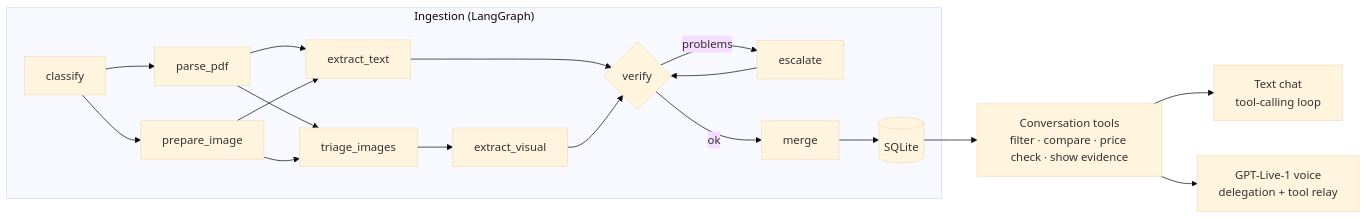
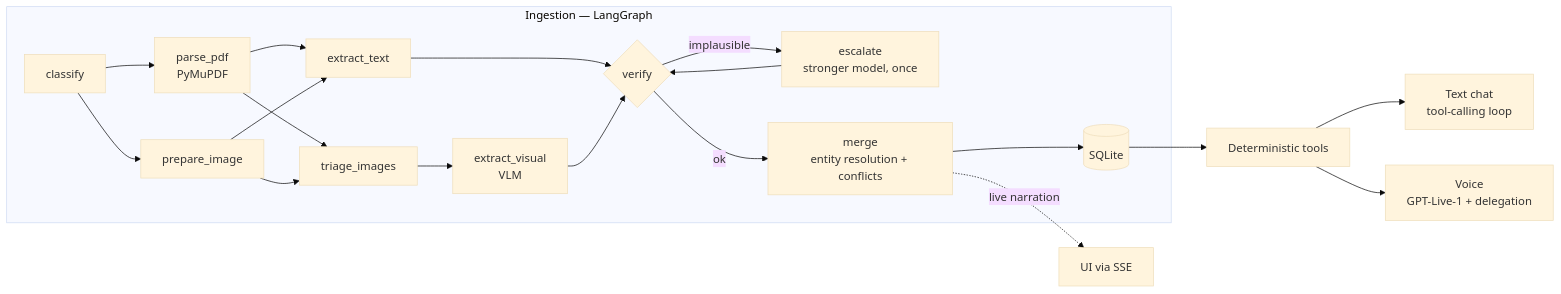
Before and after one commit to VitorSPires/real-estate-multimodal-agent: the diagram in README.md, drawn with Mermaid (base theme). The commit also changed other lines of this file and 1 other file, not shown here.

````diff
--- a/README.md
+++ b/README.md
@@ -28,15 +72,16 @@
 ```mermaid
 flowchart LR
-    subgraph Ingestion["Ingestion (LangGraph)"]
-        A[classify] --> B[parse_pdf]
+    subgraph Ingestion["Ingestion — LangGraph"]
+        A[classify] --> B[parse_pdf<br/>PyMuPDF]
         A --> C[prepare_image]
         B & C --> D[extract_text]
-        B & C --> E[triage_images] --> F[extract_visual]
+        B & C --> E[triage_images] --> F[extract_visual<br/>VLM]
         D & F --> G{verify}
-        G -- problems --> H[escalate] --> G
-        G -- ok --> I[merge] --> J[(SQLite)]
+        G -- implausible --> H[escalate<br/>stronger model, once] --> G
+        G -- ok --> I[merge<br/>entity resolution + conflicts] --> J[(SQLite)]
     end
-    J --> T[Conversation tools<br/>filter · compare · price check · show evidence]
+    J --> T[Deterministic tools]
     T --> K[Text chat<br/>tool-calling loop]
-    T --> L[GPT-Live-1 voice<br/>delegation + tool relay]
+    T --> L[Voice<br/>GPT-Live-1 + delegation]
+    I -. live narration .-> U[UI via SSE]
 ```
````
